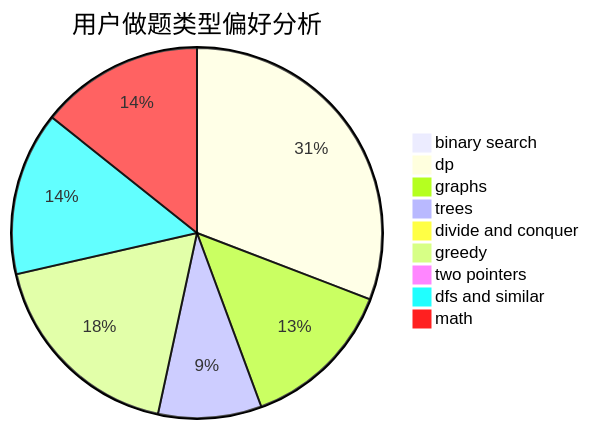
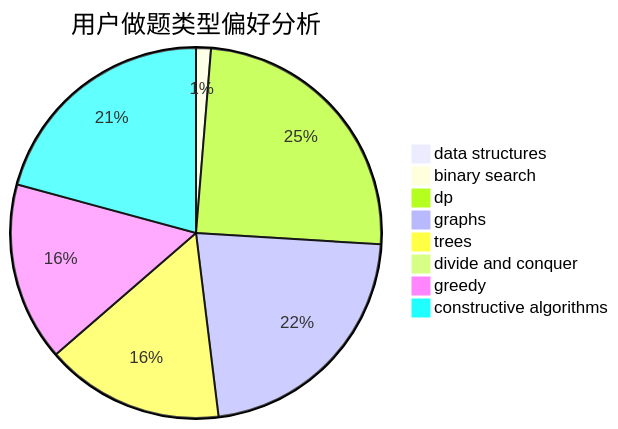
Before and after one commit to sherpahu/cfrs.github.io: the second of 3 diagrams in docs/user/u376.md, drawn with Mermaid. The commit also changed other lines of this file and 2775 other files, not shown here.

````diff
--- a/docs/user/u376.md
+++ b/docs/user/u376.md
@@ -23,12 +23,11 @@
 ```mermaid
 pie title 用户做题类型偏好分析
+    "data structures" :  0
     "binary search" :  1
-    "dp" :  41
-    "graphs" :  18
+    "dp" :  19
+    "graphs" :  17
     "trees" :  12
     "divide and conquer" :  0
-    "greedy" :  24
-    "two pointers" :  0
-    "dfs and similar" :  19
-    "math" :  19
+    "greedy" :  12
+    "constructive algorithms" :  16
 ```
````
